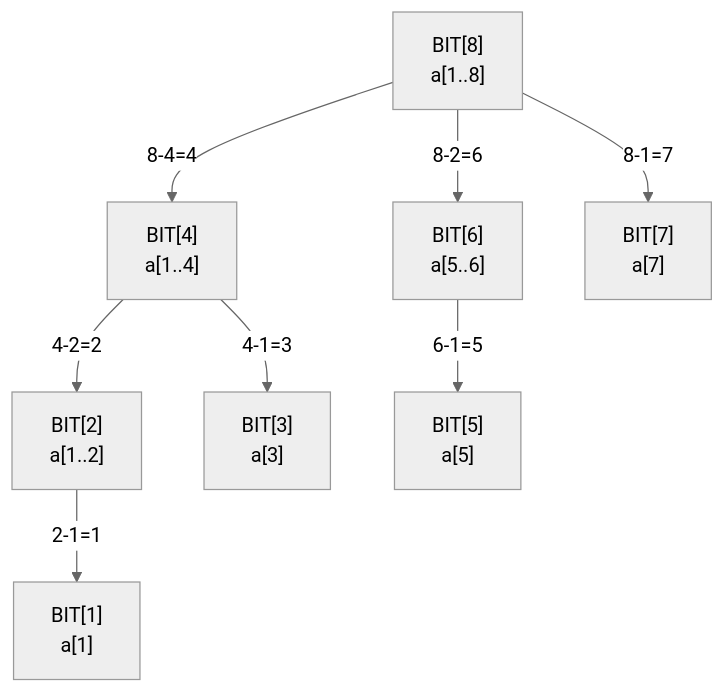
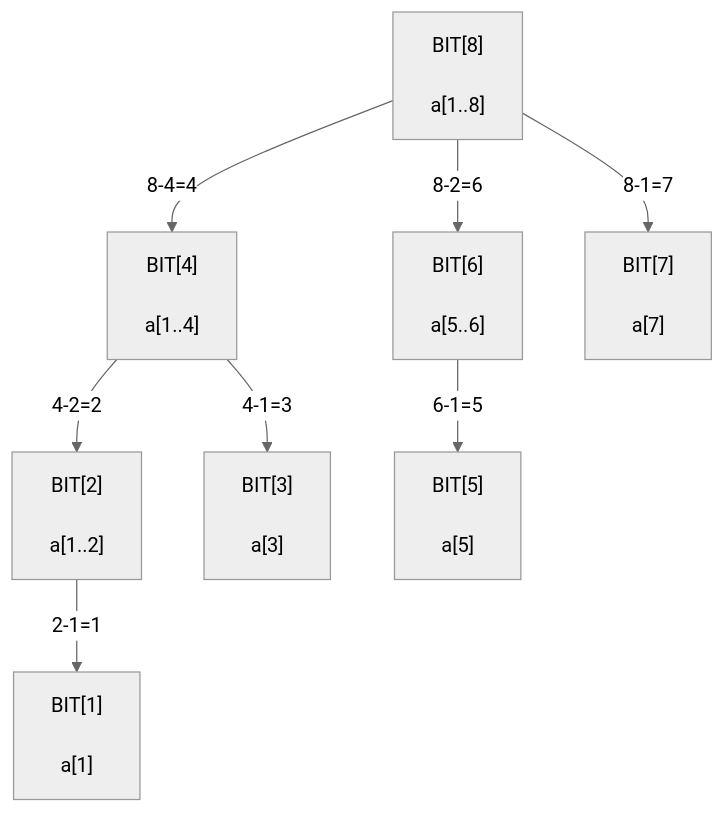
Before and after one commit to FPTOJ-OJ/fptoj_wiki: the first of 2 diagrams in docs/lessons/08d-fenwick-tree.md, drawn with Mermaid (neutral theme). The commit also changed other lines of this file and 148 other files, not shown here.

````diff
--- a/docs/lessons/08d-fenwick-tree.md
+++ b/docs/lessons/08d-fenwick-tree.md
@@ -120,10 +119,18 @@
 ```mermaid
 graph TD
-    n8["BIT[8]<br/>a[1..8]"] -->|"8-4=4"| n4["BIT[4]<br/>a[1..4]"]
-    n8 -->|"8-2=6"| n6["BIT[6]<br/>a[5..6]"]
-    n4 -->|"4-2=2"| n2["BIT[2]<br/>a[1..2]"]
-    n2 -->|"2-1=1"| n1["BIT[1]<br/>a[1]"]
-    n4 -->|"4-1=3"| n3["BIT[3]<br/>a[3]"]
-    n6 -->|"6-1=5"| n5["BIT[5]<br/>a[5]"]
-    n8 -->|"8-1=7"| n7["BIT[7]<br/>a[7]"]
+    n8["BIT[8]<br/>
+a[1..8]"] -->|"8-4=4"| n4["BIT[4]<br/>
+a[1..4]"]
+    n8 -->|"8-2=6"| n6["BIT[6]<br/>
+a[5..6]"]
+    n4 -->|"4-2=2"| n2["BIT[2]<br/>
+a[1..2]"]
+    n2 -->|"2-1=1"| n1["BIT[1]<br/>
+a[1]"]
+    n4 -->|"4-1=3"| n3["BIT[3]<br/>
+a[3]"]
+    n6 -->|"6-1=5"| n5["BIT[5]<br/>
+a[5]"]
+    n8 -->|"8-1=7"| n7["BIT[7]<br/>
+a[7]"]
 ```
````
